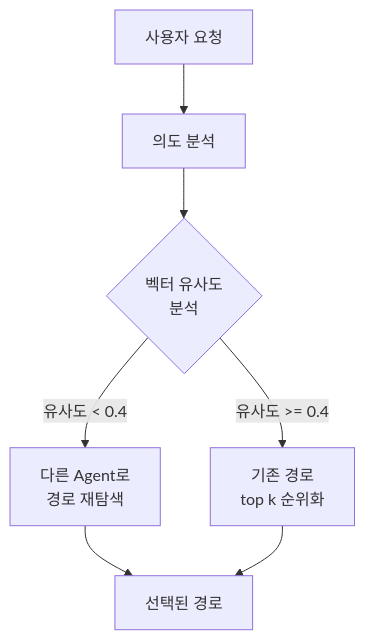
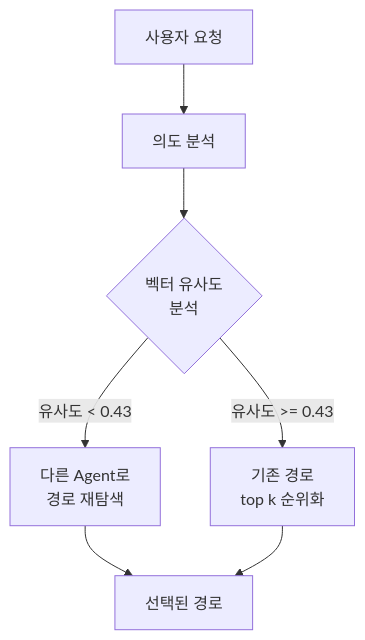
One commit to Vovvser/vowser-mcp-server changed the diagram in docs/LANGGRAPH_INTEGRATION.md. Above: the diagram before and after it, drawn with Mermaid. The commit also changed other lines of this file, not shown here.

````diff
--- a/docs/LANGGRAPH_INTEGRATION.md
+++ b/docs/LANGGRAPH_INTEGRATION.md
@@ -60,9 +60,9 @@
 ```mermaid
 flowchart TD
     A[사용자 요청] --> B1[의도 분석]
     B1 --> C{벡터 유사도<br/>분석}
-    C -->|유사도 < 0.4| B2[다른 Agent로<br/>경로 재탐색]
-    C -->|유사도 >= 0.4| C1[기존 경로<br/>top k 순위화]
+    C -->|유사도 < 0.43| B2[다른 Agent로<br/>경로 재탐색]
+    C -->|유사도 >= 0.43| C1[기존 경로<br/>top k 순위화]
     B2 --> D[선택된 경로]
     C1 --> D[선택된 경로]
 ```
````
